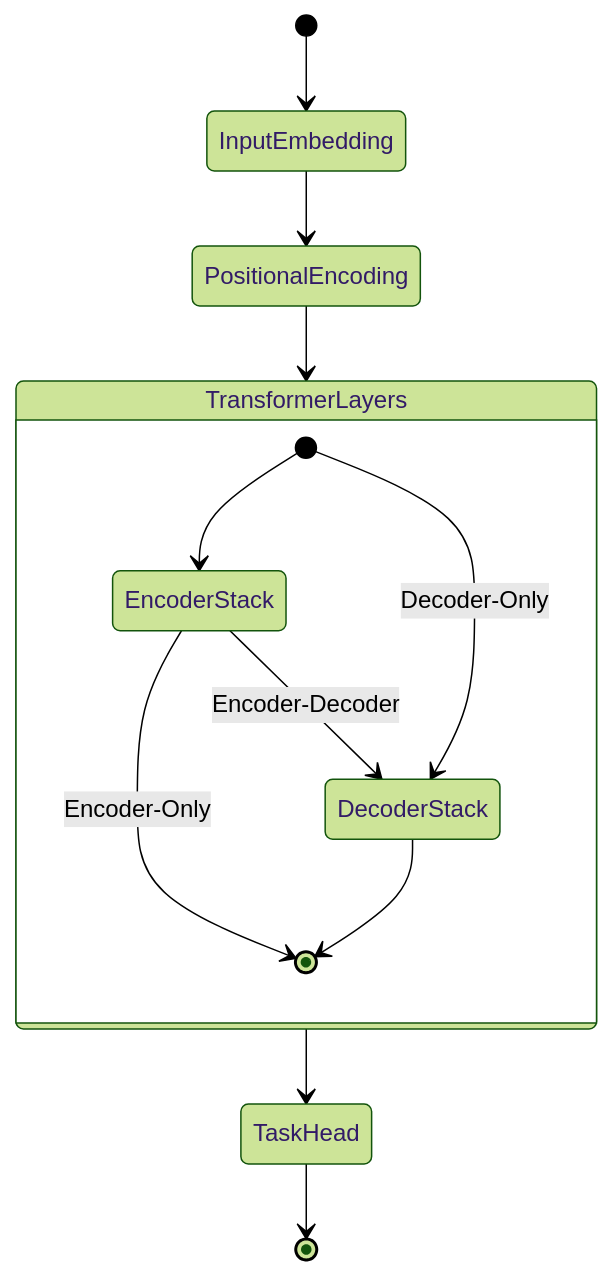
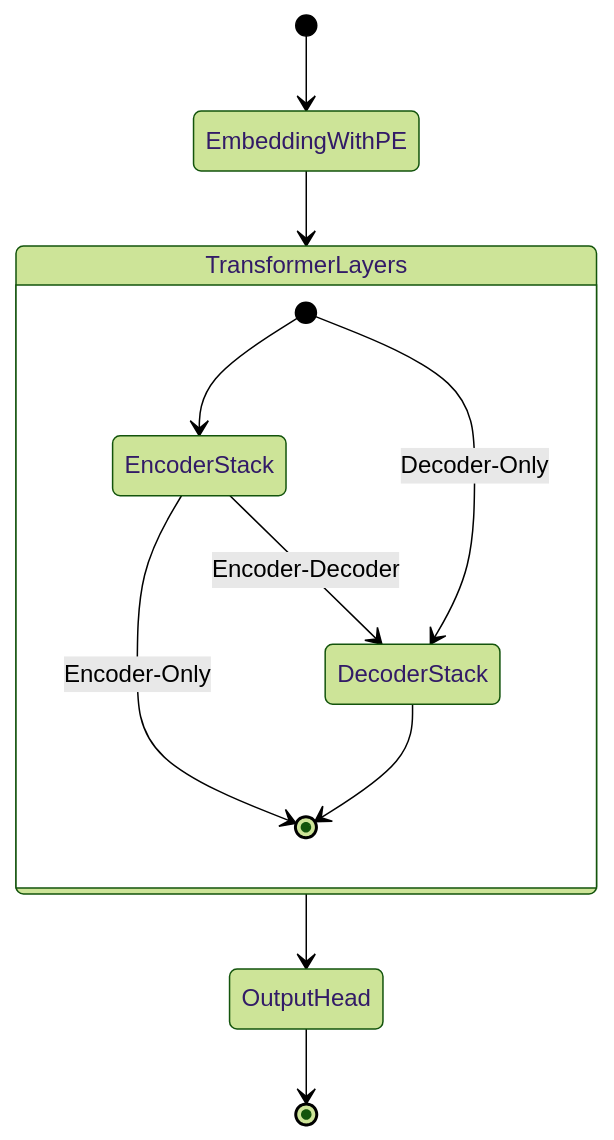
The third of 3 diagrams in docs/index.rst (A-Elshahawy/FlexiTransformers), drawn with Mermaid (forest theme) before and after one commit. The commit also changed other lines of this file and 4 other files, not shown here.

```diff
--- a/docs/index.rst
+++ b/docs/index.rst
@@ -151,17 +214,16 @@
 .. mermaid::
 
    stateDiagram-v2
-       [*] --> InputEmbedding
-       InputEmbedding --> PositionalEncoding
-       PositionalEncoding --> TransformerLayers
-       
+       [*] --> EmbeddingWithPE
+       EmbeddingWithPE --> TransformerLayers
+
        state TransformerLayers {
            [*] --> EncoderStack
            EncoderStack --> [*]: Encoder-Only
            EncoderStack --> DecoderStack: Encoder-Decoder
            [*] --> DecoderStack: Decoder-Only
            DecoderStack --> [*]
        }
-       
-       TransformerLayers --> TaskHead
-       TaskHead --> [*]
+
+       TransformerLayers --> OutputHead
+       OutputHead --> [*]
```
